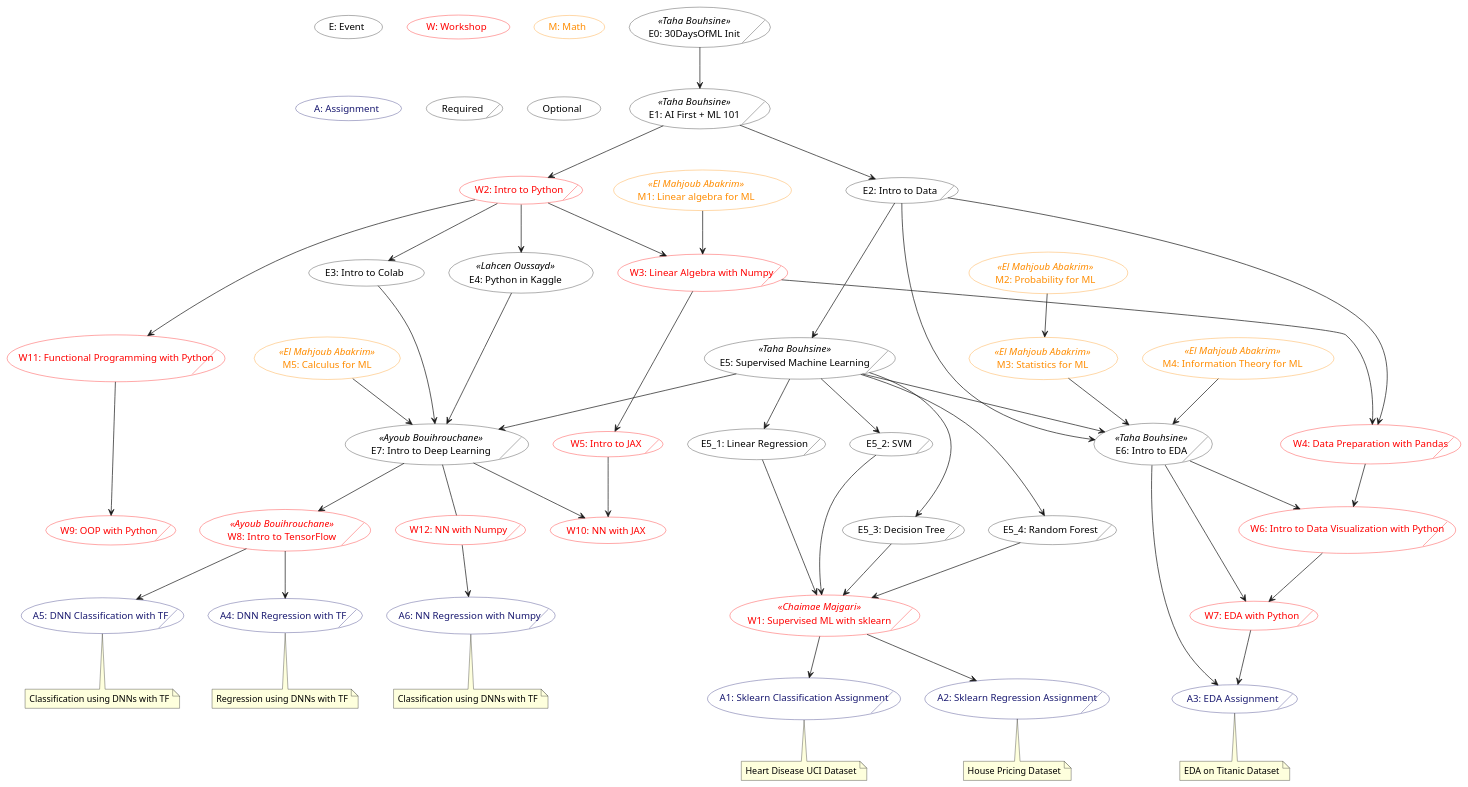
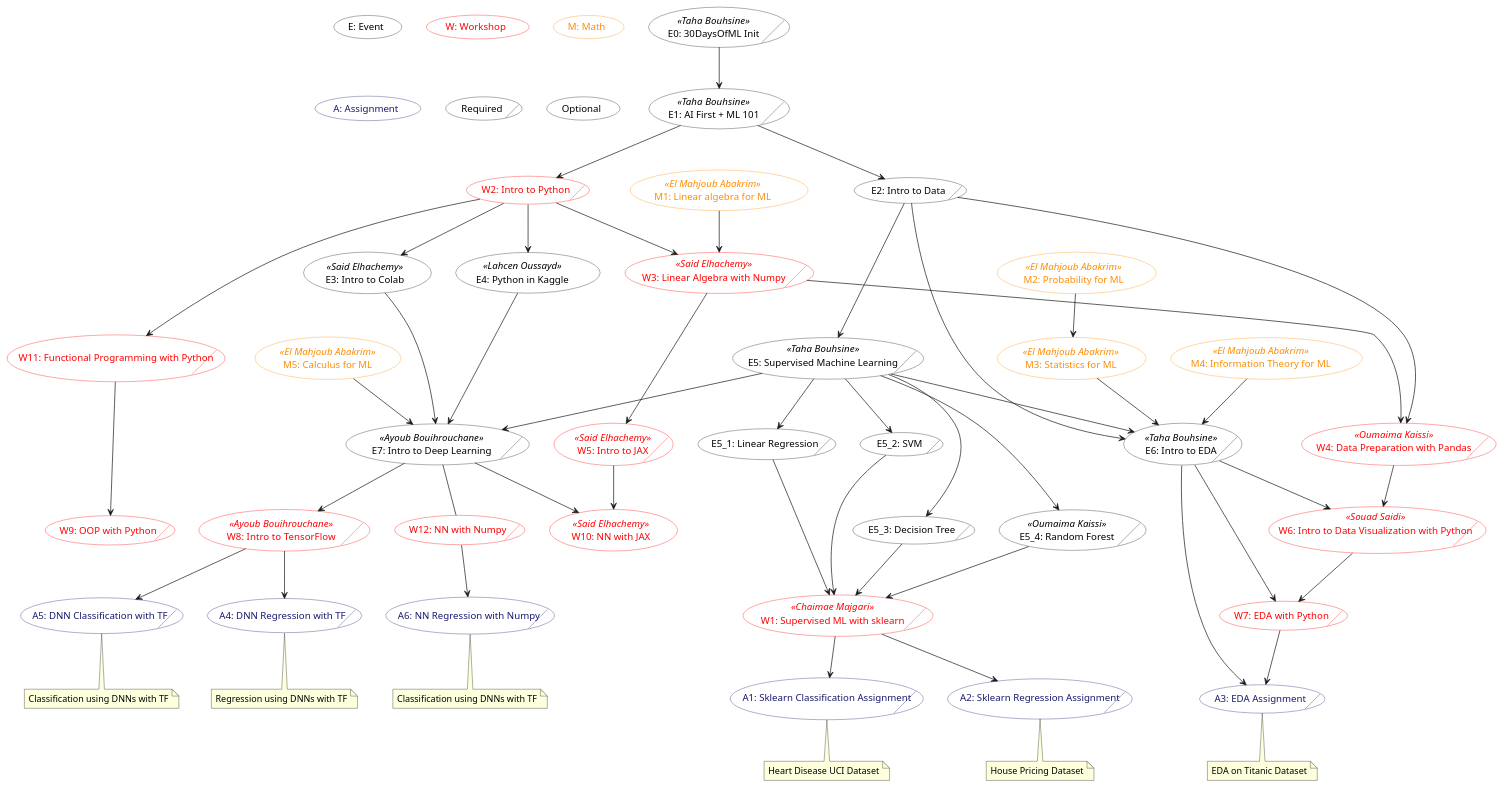
The diagram in mlstart.puml (gdscuiz/30daysofml), drawn with PlantUML before and after one commit.

Commit message:
talks taken by said - oumaima - souad

```diff
--- a/mlstart.puml
+++ b/mlstart.puml
@@ -1,149 +1,149 @@
 @startuml "MLStart"
 
 skinparam usecase {
 BackgroundColor transparent
 shadowing false
 }
 
 (E: Event)
 (W: Workshop) #line:red;text:red
 (M: Math) #line:darkorange;text:darkorange
 (A: Assignment) #line:MidnightBlue;text:MidnightBlue
 
 (E0: 30DaysOfML Init)/ as E0 <<Taha Bouhsine>>
 (E1: AI First + ML 101)/ as E1 <<Taha Bouhsine>>
 
 (E2: Intro to Data)/ as E2 
-(E3: Intro to Colab) as E3
+(E3: Intro to Colab) as E3 <<Said Elhachemy>>
 (E4: Python in Kaggle) as E4 << Lahcen Oussayd >>
 (E5: Supervised Machine Learning)/ as E5 <<Taha Bouhsine>>
 (E5_1: Linear Regression)/ as E5_1
 (E5_2: SVM)/ as E5_2
 (E5_3: Decision Tree)/ as E5_3
-(E5_4: Random Forest)/ as E5_4
+(E5_4: Random Forest)/ as E5_4 <<Oumaima Kaissi>>
 (E6: Intro to EDA)/ as E6 <<Taha Bouhsine>>
 (E7: Intro to Deep Learning)/ as E7 << Ayoub Bouihrouchane >>
 
 
 
 
 (W1: Supervised ML with sklearn)/ as W1 << Chaimae Majgari>> #line:red;text:red 
 (W2: Intro to Python)/ as W2 #line:red;text:red
-(W3: Linear Algebra with Numpy)/ as W3 #line:red;text:red
-(W4: Data Preparation with Pandas)/ as W4 #line:red;text:red
-(W5: Intro to JAX)/ as W5 #line:red;text:red
-(W6: Intro to Data Visualization with Python)/ as W6 #line:red;text:red
+(W3: Linear Algebra with Numpy)/ as W3 <<Said Elhachemy>> #line:red;text:red
+(W4: Data Preparation with Pandas)/ as W4 <<Oumaima Kaissi>> #line:red;text:red
+(W5: Intro to JAX)/ as W5 <<Said Elhachemy>> #line:red;text:red
+(W6: Intro to Data Visualization with Python)/ as W6 <<Souad Saidi>> #line:red;text:red
 (W7: EDA with Python)/ as W7 #line:red;text:red
 (W8: Intro to TensorFlow)/ as W8 << Ayoub Bouihrouchane >> #line:red;text:red 
 (W9: OOP with Python)/ as W9 #line:red;text:red
-(W10: NN with JAX) as W10 #line:red;text:red
+(W10: NN with JAX) as W10 <<Said Elhachemy>> #line:red;text:red
 (W11: Functional Programming with Python)/ as W11 #line:red;text:red
 (W12: NN with Numpy)/ as W12 #line:red;text:red
 
 (M1: Linear algebra for ML) as M1 << El Mahjoub Abakrim >> #line:darkorange;text:darkorange
 (M2: Probability for ML) as M2 << El Mahjoub Abakrim >> #line:darkorange;text:darkorange
 (M3: Statistics for ML) as M3 << El Mahjoub Abakrim >> #line:darkorange;text:darkorange
 (M5: Calculus for ML) as M5 << El Mahjoub Abakrim >> #line:darkorange;text:darkorange 
 (M4: Information Theory for ML) as M4 << El Mahjoub Abakrim >> #line:darkorange;text:darkorange
 
 (A1: Sklearn Classification Assignment)/ as A1 #line:MidnightBlue;text:MidnightBlue
 note bottom [[http://GDSCUIZ.github.io]]
 Heart Disease UCI Dataset
 end note
 
 (A2: Sklearn Regression Assignment)/ as A2 #line:MidnightBlue;text:MidnightBlue
 note bottom [[http://GDSCUIZ.github.io]]
 House Pricing Dataset
 end note
 
 (A3: EDA Assignment)/ as A3 #line:MidnightBlue;text:MidnightBlue
 note bottom [[http://GDSCUIZ.github.io]]
 EDA on Titanic Dataset
 end note
 
 (A4: DNN Regression with TF)/ as A4 #line:MidnightBlue;text:MidnightBlue
 note bottom [[http://GDSCUIZ.github.io]]
 Regression using DNNs with TF
 end note
 
 (A5: DNN Classification with TF)/ as A5 #line:MidnightBlue;text:MidnightBlue
 note bottom [[http://GDSCUIZ.github.io]]
 Classification using DNNs with TF
 end note
 
 (A6: NN Regression with Numpy)/ as A6 #line:MidnightBlue;text:MidnightBlue
 note bottom [[http://GDSCUIZ.github.io]]
 Classification using DNNs with TF
 end note
 
 M1 --> W3
 
 M2 --> M3
 
 M3 --> E6
 M4 --> E6
 
 M5 --> E7
 
 E0 --> E1
 
 E1 --> W2
 E1 --> E2
 
 E2 ---> E5
 E2 --> W4
 E2 ---> E6
 
 E3 --> E7
 
 E4 --> E7
 
 E5 --> E7
 E5 --> E6
 E5 --> E5_1
 E5 --> E5_2
 E5 ---> E5_3
 E5 ---> E5_4
 E5_1 --> W1
 E5_2 --> W1
 E5_3 --> W1
 E5_4 --> W1
 
 
 E6 --> A3
 E6 --> W7
 E6 --> W6
 
 E7 --> W8
 E7 --> W10
 E7 -- W12
 
 W1 --> A1
 W1 --> A2
 
 W2 --> E4
 W2 --> E3
 W2 --> W3
 W2 ---> W11
 
 W3 ---> W4
 W3 --> W5
 
 W4 --> W6
 
 W5 --> W10
 
 W6 --> W7
 
 W7 --> A3
 
 W8 --> A4
 W8 --> A5
 
 W11 ---> W9
 
 W12 --> A6
 
 (Required)/
 (Optional)
 @enduml
```
